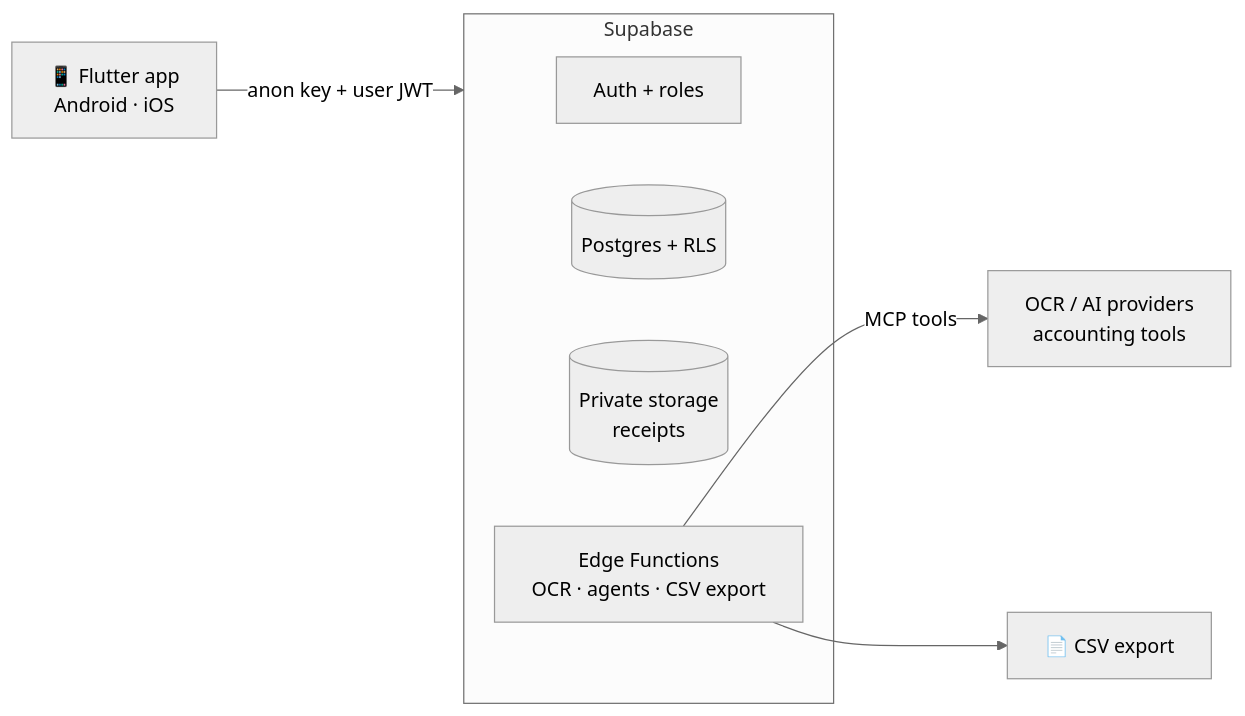
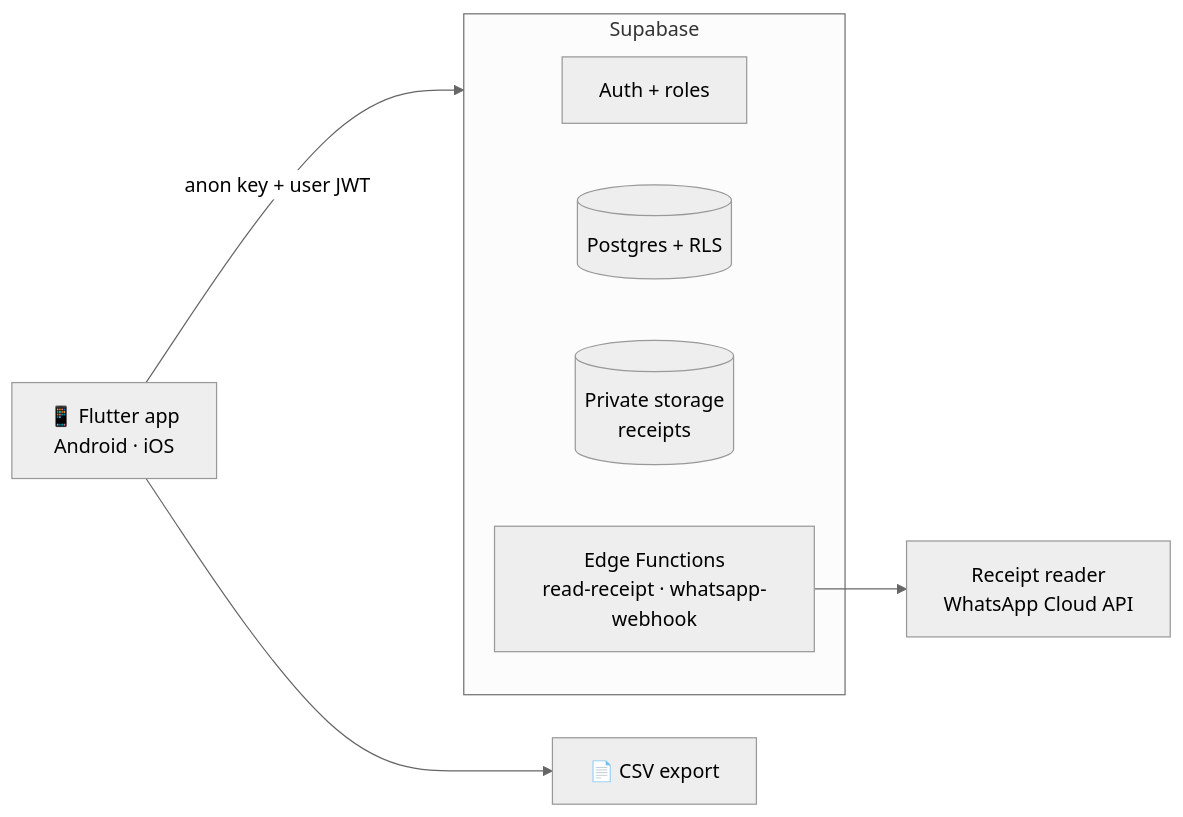
Before and after one commit to exceev-technology/rembo: the diagram in README.md, drawn with Mermaid (neutral theme). The commit also changed other lines of this file and 12 other files, not shown here.

````diff
--- a/README.md
+++ b/README.md
@@ -76,12 +76,12 @@
 ```mermaid
 flowchart LR
     app["📱 Flutter app<br/>Android · iOS"] -- "anon key + user JWT" --> sb
     subgraph sb["Supabase"]
         auth["Auth + roles"]
         db[("Postgres + RLS")]
         storage[("Private storage<br/>receipts")]
-        fn["Edge Functions<br/>OCR · agents · CSV export"]
+        fn["Edge Functions<br/>read-receipt · whatsapp-webhook"]
     end
-    fn -- "MCP tools" --> ext["OCR / AI providers<br/>accounting tools"]
-    fn --> csv["📄 CSV export"]
+    fn --> ext["Receipt reader<br/>WhatsApp Cloud API"]
+    app --> csv["📄 CSV export"]
 ```
````
